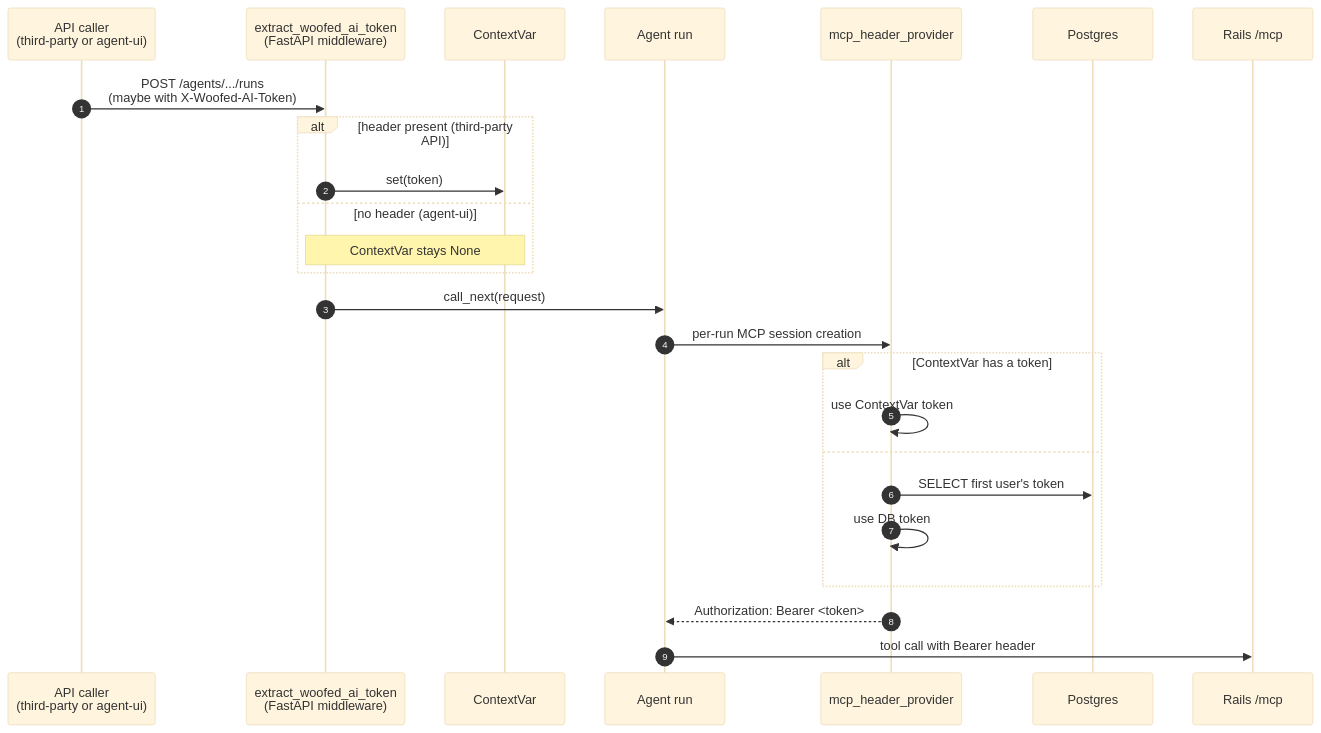
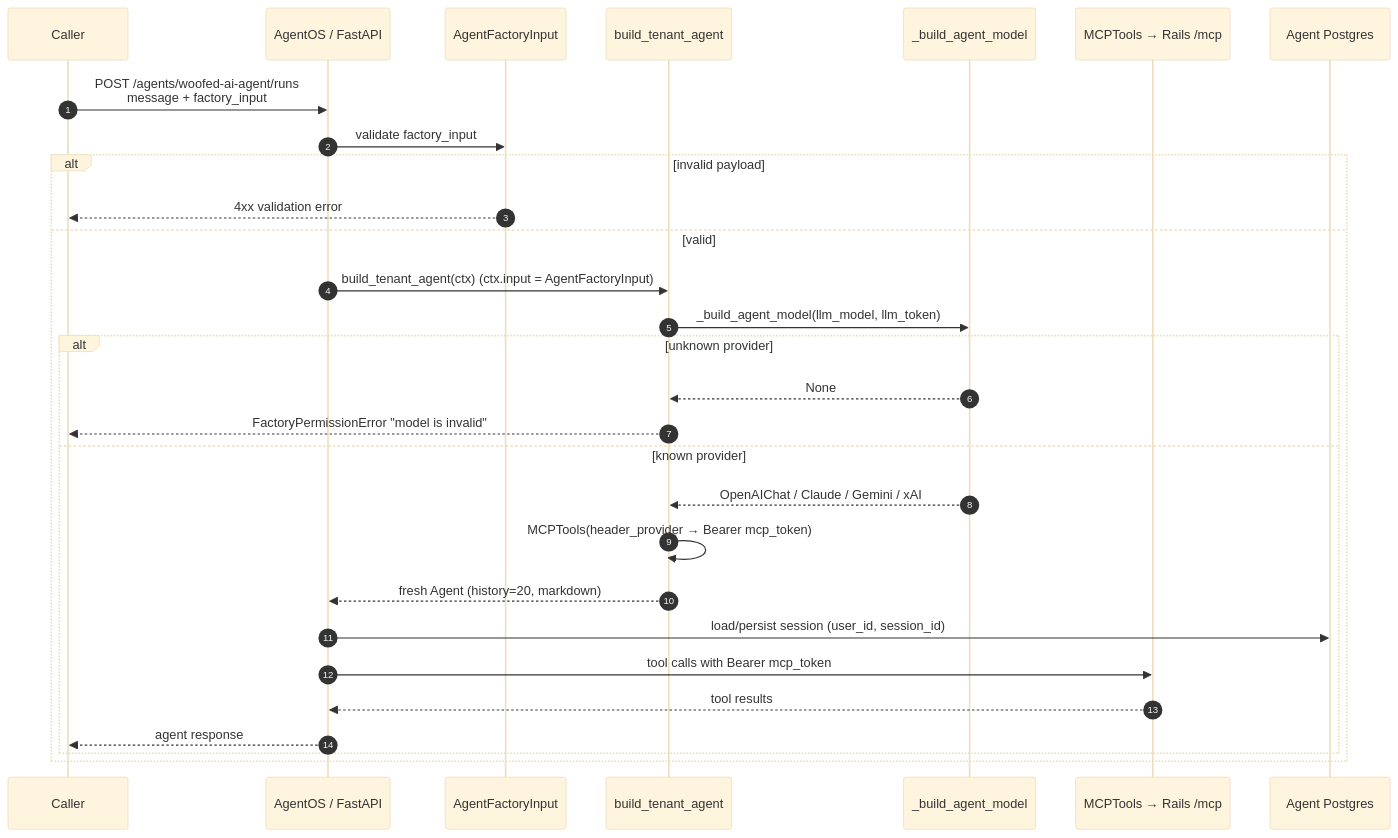
The second of 2 diagrams in docs/ai-agent/architecture.md (douglara/woofed-crm), drawn with Mermaid (base theme) before and after one commit. The commit also changed other lines of this file and 4 other files, not shown here.

Commit message:
Update docs and create woofed_ai_token method to user model

````diff
--- a/docs/ai-agent/architecture.md
+++ b/docs/ai-agent/architecture.md
@@ -225,28 +111,32 @@
 ```mermaid
 sequenceDiagram
     autonumber
-    participant C as API caller<br/>(third-party or agent-ui)
-    participant MW as extract_woofed_ai_token<br/>(FastAPI middleware)
-    participant CV as ContextVar
-    participant Run as Agent run
-    participant HP as mcp_header_provider
-    participant DB as Postgres
-    participant MCP as Rails /mcp
+    participant C as Caller
+    participant AOS as AgentOS / FastAPI
+    participant Sch as AgentFactoryInput
+    participant Fac as build_tenant_agent
+    participant M as _build_agent_model
+    participant MCP as MCPTools → Rails /mcp
+    participant DB as Agent Postgres
 
-    C->>MW: POST /agents/.../runs<br/>(maybe with X-Woofed-AI-Token)
-    alt header present (third-party API)
-        MW->>CV: set(token)
-    else no header (agent-ui)
-        Note over MW,CV: ContextVar stays None
+    C->>AOS: POST /agents/woofed-ai-agent/runs<br/>message + factory_input
+    AOS->>Sch: validate factory_input
+    alt invalid payload
+        Sch-->>C: 4xx validation error
+    else valid
+        AOS->>Fac: build_tenant_agent(ctx)  (ctx.input = AgentFactoryInput)
+        Fac->>M: _build_agent_model(llm_model, llm_token)
+        alt unknown provider
+            M-->>Fac: None
+            Fac-->>C: FactoryPermissionError "model is invalid"
+        else known provider
+            M-->>Fac: OpenAIChat / Claude / Gemini / xAI
+            Fac->>Fac: MCPTools(header_provider → Bearer mcp_token)
+            Fac-->>AOS: fresh Agent (history=20, markdown)
+            AOS->>DB: load/persist session (user_id, session_id)
+            AOS->>MCP: tool calls with Bearer mcp_token
+            MCP-->>AOS: tool results
+            AOS-->>C: agent response
+        end
     end
-    MW->>Run: call_next(request)
-    Run->>HP: per-run MCP session creation
-    alt ContextVar has a token
-        HP->>HP: use ContextVar token
-    else
-        HP->>DB: SELECT first user's token
-        HP->>HP: use DB token
-    end
-    HP-->>Run: Authorization: Bearer <token>
-    Run->>MCP: tool call with Bearer header
 ```
````
